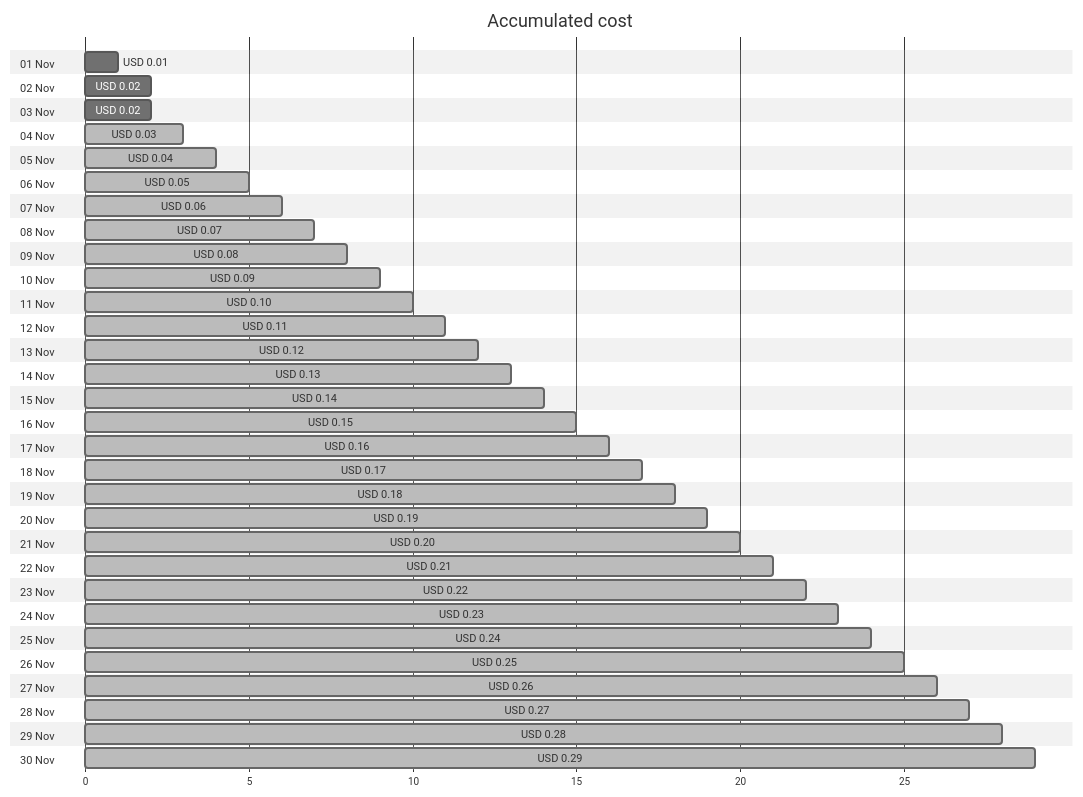
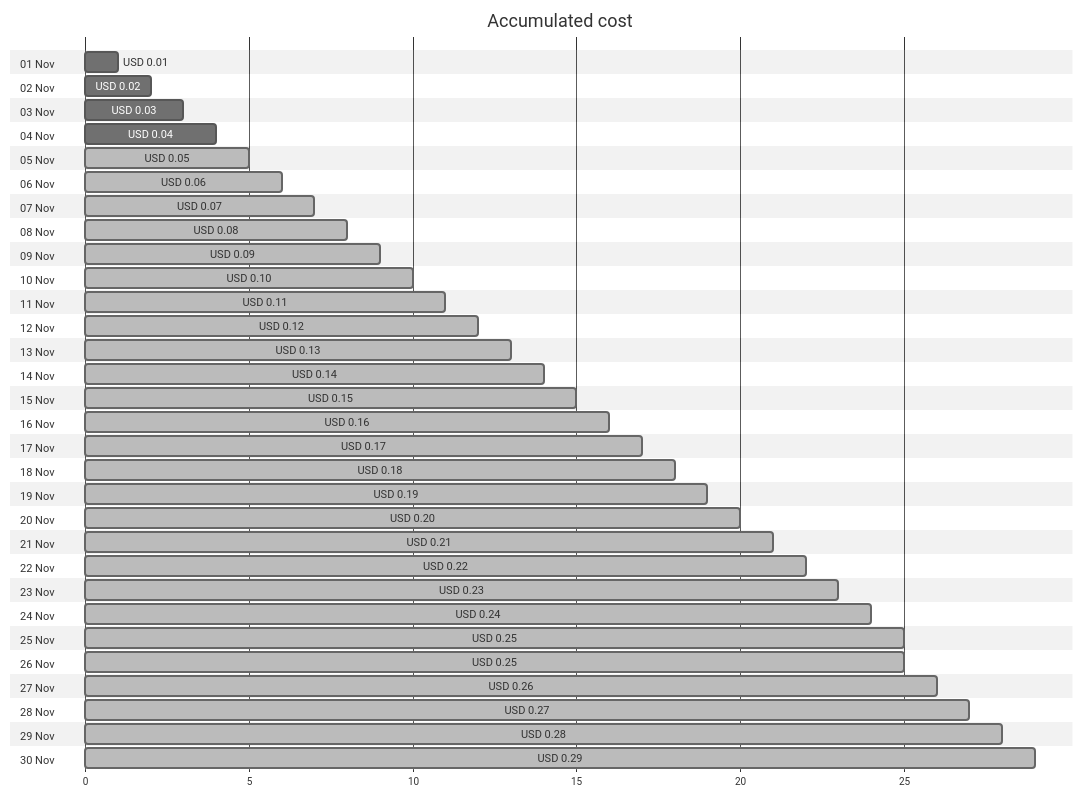
One commit to jpfulton/azure-personal-reports changed the first of 4 diagrams in cost-reports/cloud-shell-storage-eastus/README.md. Above: the diagram before and after it, drawn with Mermaid (neutral theme). The commit also changed other lines of this file and 1 other file, not shown here.

````diff
--- a/cost-reports/cloud-shell-storage-eastus/README.md
+++ b/cost-reports/cloud-shell-storage-eastus/README.md
@@ -20,66 +20,66 @@
 ```mermaid
 gantt
    title Accumulated cost
    dateFormat  X
    axisFormat %s
    section 01 Nov
    USD 0.01 :0, 1
    section 02 Nov
    USD 0.02 :0, 2
    section 03 Nov
-   USD 0.02 :0, 2
+   USD 0.03 :0, 3
    section 04 Nov
-   USD 0.03 : done, 0, 3
+   USD 0.04 :0, 4
    section 05 Nov
-   USD 0.04 : done, 0, 4
+   USD 0.05 : done, 0, 5
    section 06 Nov
-   USD 0.05 : done, 0, 5
+   USD 0.06 : done, 0, 6
    section 07 Nov
-   USD 0.06 : done, 0, 6
+   USD 0.07 : done, 0, 7
    section 08 Nov
-   USD 0.07 : done, 0, 7
+   USD 0.08 : done, 0, 8
    section 09 Nov
-   USD 0.08 : done, 0, 8
+   USD 0.09 : done, 0, 9
    section 10 Nov
-   USD 0.09 : done, 0, 9
+   USD 0.10 : done, 0, 10
    section 11 Nov
-   USD 0.10 : done, 0, 10
+   USD 0.11 : done, 0, 11
    section 12 Nov
-   USD 0.11 : done, 0, 11
+   USD 0.12 : done, 0, 12
    section 13 Nov
-   USD 0.12 : done, 0, 12
+   USD 0.13 : done, 0, 13
    section 14 Nov
-   USD 0.13 : done, 0, 13
+   USD 0.14 : done, 0, 14
    section 15 Nov
-   USD 0.14 : done, 0, 14
+   USD 0.15 : done, 0, 15
    section 16 Nov
-   USD 0.15 : done, 0, 15
+   USD 0.16 : done, 0, 16
    section 17 Nov
-   USD 0.16 : done, 0, 16
+   USD 0.17 : done, 0, 17
    section 18 Nov
-   USD 0.17 : done, 0, 17
+   USD 0.18 : done, 0, 18
    section 19 Nov
-   USD 0.18 : done, 0, 18
+   USD 0.19 : done, 0, 19
    section 20 Nov
-   USD 0.19 : done, 0, 19
+   USD 0.20 : done, 0, 20
    section 21 Nov
-   USD 0.20 : done, 0, 20
+   USD 0.21 : done, 0, 21
    section 22 Nov
-   USD 0.21 : done, 0, 21
+   USD 0.22 : done, 0, 22
    section 23 Nov
-   USD 0.22 : done, 0, 22
+   USD 0.23 : done, 0, 23
    section 24 Nov
-   USD 0.23 : done, 0, 23
+   USD 0.24 : done, 0, 24
    section 25 Nov
-   USD 0.24 : done, 0, 24
+   USD 0.25 : done, 0, 25
    section 26 Nov
    USD 0.25 : done, 0, 25
    section 27 Nov
    USD 0.26 : done, 0, 26
    section 28 Nov
    USD 0.27 : done, 0, 27
    section 29 Nov
    USD 0.28 : done, 0, 28
    section 30 Nov
    USD 0.29 : done, 0, 29
 ```
````
